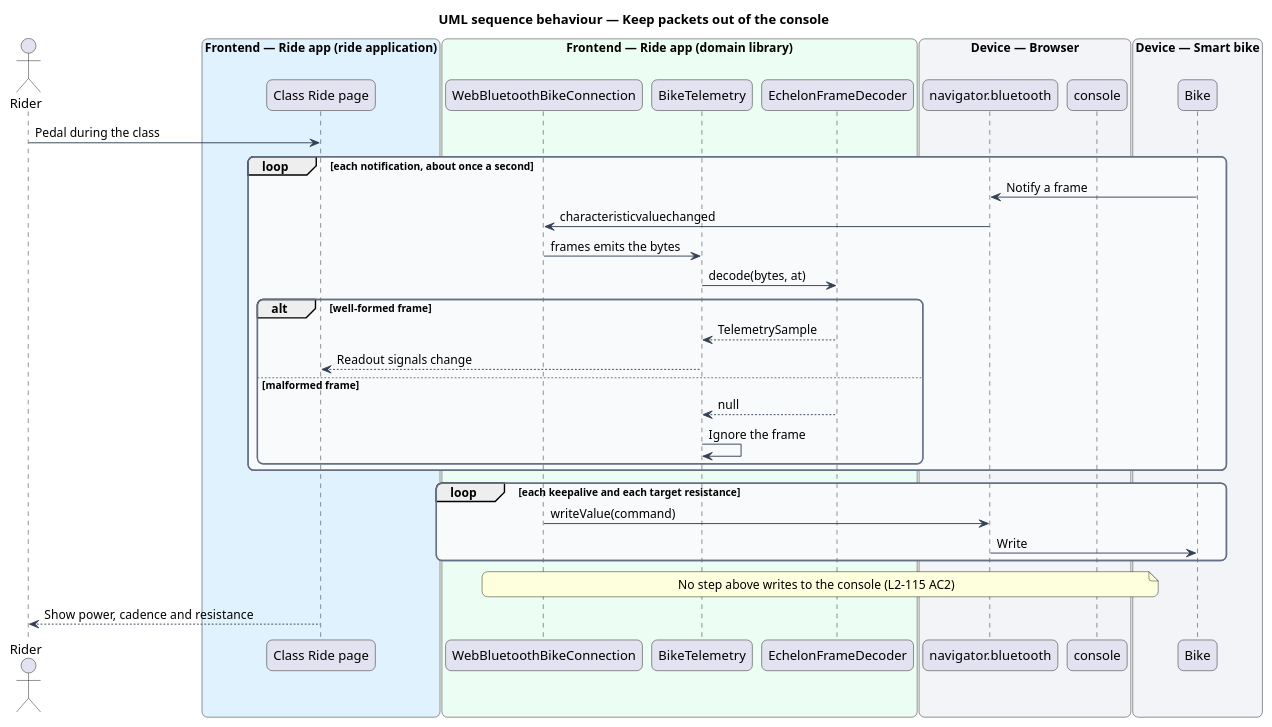
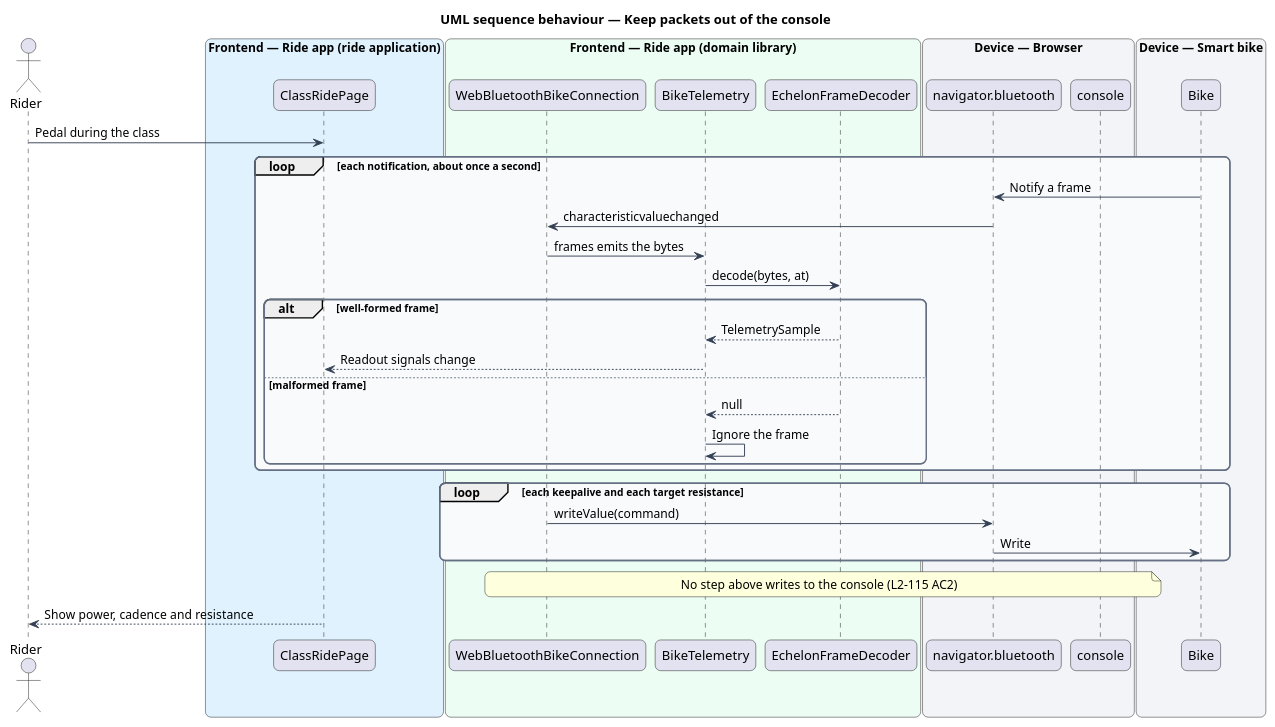
The diagram in docs/detailed-designs/security/log-to-the-console-only/diagrams/sequence-keep-packets-out-of-the-console.puml (QuinntyneBrown/ride-one), drawn with PlantUML before and after one commit. The commit also changed 106 other files, not shown here.

First line of the commit message:
Reconcile shared names and flows across the Telo Ride 1 designs

```diff
--- a/docs/detailed-designs/security/log-to-the-console-only/diagrams/sequence-keep-packets-out-of-the-console.puml
+++ b/docs/detailed-designs/security/log-to-the-console-only/diagrams/sequence-keep-packets-out-of-the-console.puml
@@ -1,53 +1,53 @@
 @startuml
 title UML sequence behaviour — Keep packets out of the console
 skinparam backgroundColor #FFFFFF
 skinparam shadowing false
 skinparam roundcorner 12
 skinparam defaultFontName Arial
 skinparam ArrowColor #344054
 skinparam rectangle {
   BorderColor #344054
   FontColor #101828
 }
 skinparam package {
   BorderColor #667085
   FontColor #101828
   BackgroundColor #F9FAFB
 }
 actor "Rider" as rider
 box "Frontend — Ride app (ride application)" #E0F2FE
-  participant "Class Ride page" as page
+  participant "ClassRidePage" as page
 end box
 box "Frontend — Ride app (domain library)" #ECFDF3
   participant "WebBluetoothBikeConnection" as conn
   participant "BikeTelemetry" as telemetry
   participant "EchelonFrameDecoder" as decoder
 end box
 box "Device — Browser" #F2F4F7
   participant "navigator.bluetooth" as ble
   participant "console" as console
 end box
 box "Device — Smart bike" #F2F4F7
   participant "Bike" as bike
 end box
 rider -> page : Pedal during the class
 loop each notification, about once a second
   bike -> ble : Notify a frame
   ble -> conn : characteristicvaluechanged
   conn -> telemetry : frames emits the bytes
   telemetry -> decoder : decode(bytes, at)
   alt well-formed frame
     decoder --> telemetry : TelemetrySample
     telemetry --> page : Readout signals change
   else malformed frame
     decoder --> telemetry : null
     telemetry -> telemetry : Ignore the frame
   end
 end
 loop each keepalive and each target resistance
   conn -> ble : writeValue(command)
   ble -> bike : Write
 end
 note over conn, console : No step above writes to the console (L2-115 AC2)
 page --> rider : Show power, cadence and resistance
 @enduml
```
